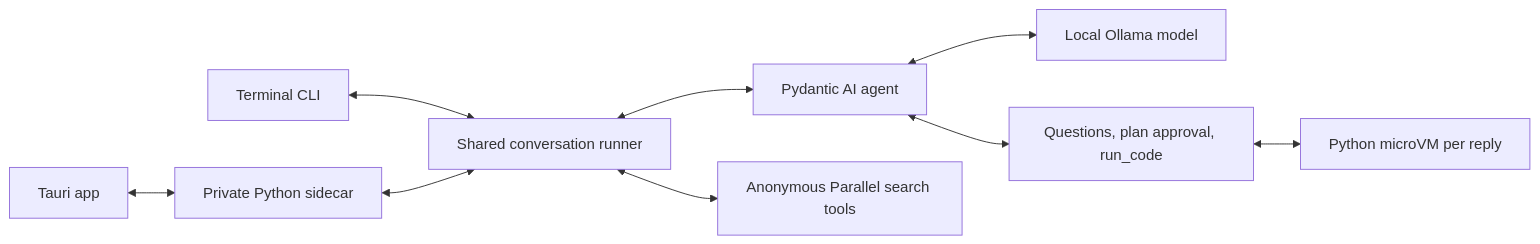
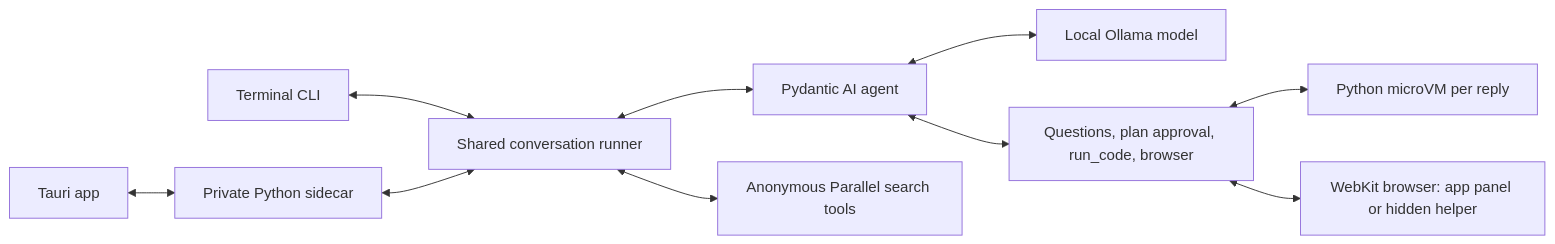
Before and after one commit to raniendu/vikram: the diagram in README.md, drawn with Mermaid. The commit also changed other lines of this file and 3 other files, not shown here.

Commit message:
Document the agent browser and its safety rules

````diff
--- a/README.md
+++ b/README.md
@@ -260,11 +305,12 @@
 ```mermaid
 flowchart LR
     CLI[Terminal CLI] <--> Runner[Shared conversation runner]
     App[Tauri app] <--> Sidecar[Private Python sidecar]
     Sidecar <--> Runner
     Runner <--> Agent[Pydantic AI agent]
     Agent <--> Ollama[Local Ollama model]
     Runner <--> Parallel[Anonymous Parallel search tools]
-    Agent <--> Toolkit[Questions, plan approval, run_code]
+    Agent <--> Toolkit[Questions, plan approval, run_code, browser]
     Toolkit <--> VM[Python microVM per reply]
+    Toolkit <--> Browser[WebKit browser: app panel or hidden helper]
 ```
````
